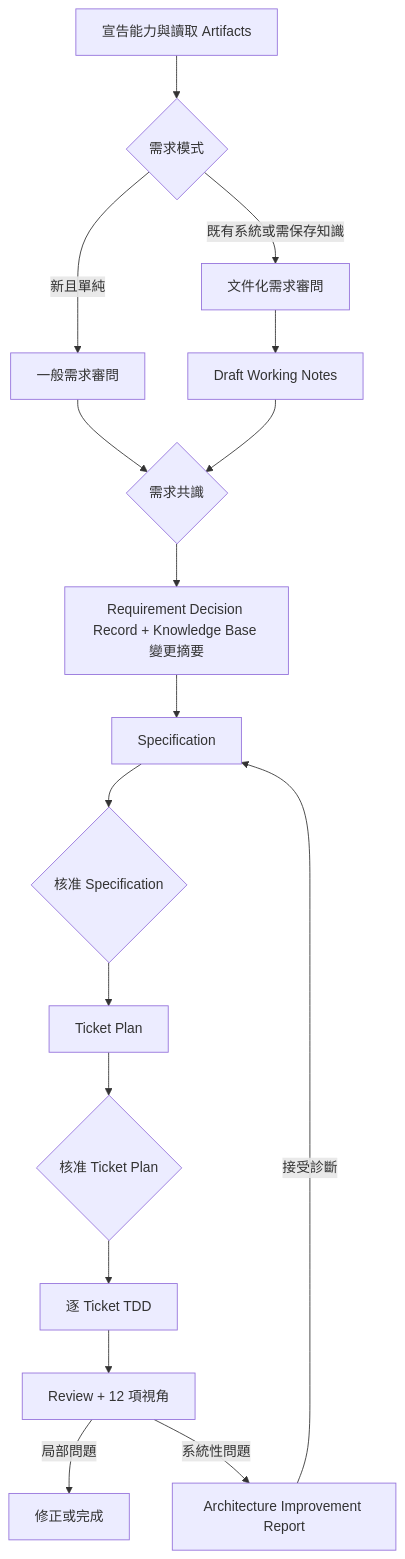
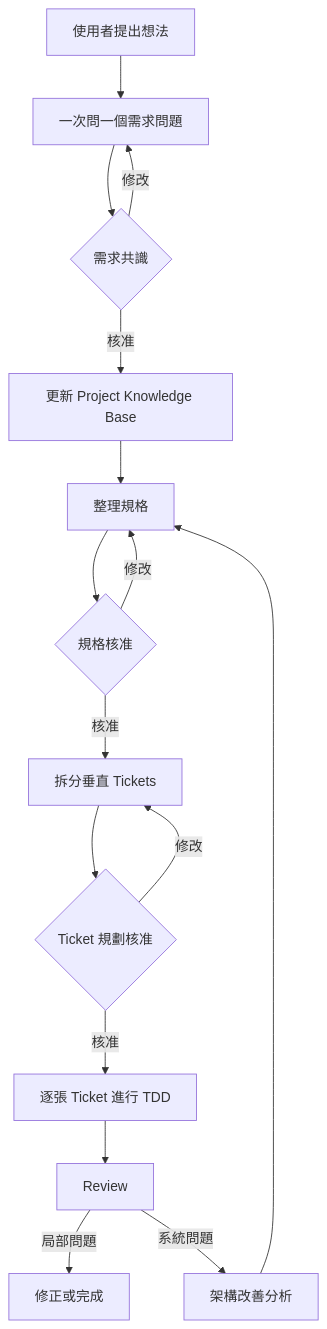
One commit to Mysterio1001/Ask-Then-Do-It changed the diagram in docs/design/ai-development-skills.zh-TW.md. Above: the diagram before and after it, drawn with Mermaid. The commit also changed other lines of this file and 62 other files, not shown here.

````diff
--- a/docs/design/ai-development-skills.zh-TW.md
+++ b/docs/design/ai-development-skills.zh-TW.md
@@ -37,19 +29,18 @@
 ```mermaid
 flowchart TD
-    A["宣告能力與讀取 Artifacts"] --> B{"需求模式"}
-    B -->|"新且單純"| C["一般需求審問"]
-    B -->|"既有系統或需保存知識"| D["文件化需求審問"]
-    D --> E["Draft Working Notes"]
-    C --> F{"需求共識"}
-    E --> F
-    F --> G["Requirement Decision Record + Knowledge Base 變更摘要"]
-    G --> H["Specification"]
-    H --> I{"核准 Specification"}
-    I --> J["Ticket Plan"]
-    J --> K{"核准 Ticket Plan"}
-    K --> L["逐 Ticket TDD"]
-    L --> M["Review + 12 項視角"]
-    M -->|"局部問題"| N["修正或完成"]
-    M -->|"系統性問題"| O["Architecture Improvement Report"]
-    O -->|"接受診斷"| H
+    A["使用者提出想法"] --> B["一次問一個需求問題"]
+    B --> C{"需求共識"}
+    C -->|修改| B
+    C -->|核准| D["更新 Project Knowledge Base"]
+    D --> E["整理規格"]
+    E --> F{"規格核准"}
+    F -->|修改| E
+    F -->|核准| G["拆分垂直 Tickets"]
+    G --> H{"Ticket 規劃核准"}
+    H -->|修改| G
+    H -->|核准| I["逐張 Ticket 進行 TDD"]
+    I --> J["Review"]
+    J -->|局部問題| K["修正或完成"]
+    J -->|系統問題| L["架構改善分析"]
+    L --> E
 ```
````
